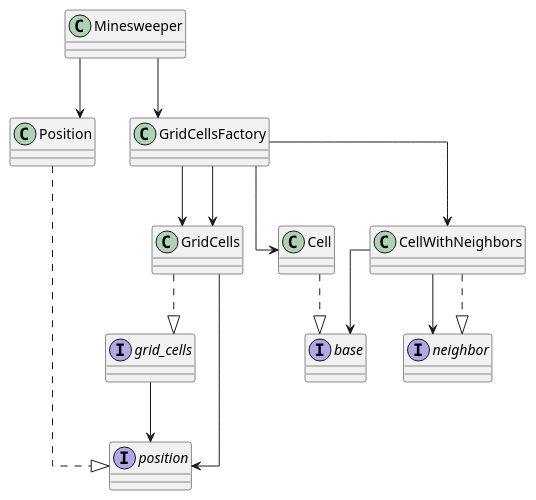
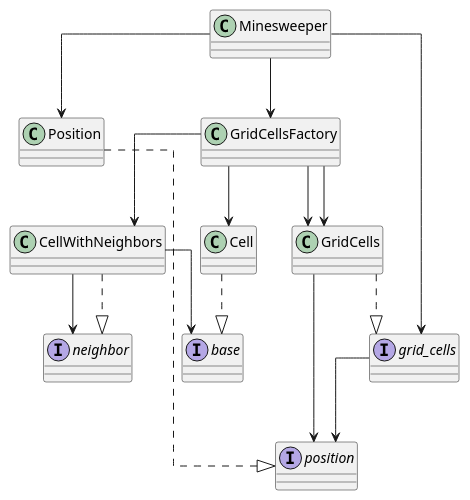
Before and after one commit to Yuhi-Sato/minesweeper: the diagram in diagrams/overview.plantuml, drawn with PlantUML. The commit also changed 1 other file, not shown here.

```diff
--- a/diagrams/overview.plantuml
+++ b/diagrams/overview.plantuml
@@ -1,36 +1,37 @@
 @startuml overview
 
 top to bottom direction
 
 skinparam defaultFontName HackGen
 
 skinparam linetype ortho
 
 interface grid_cells {}
 interface position {}
 interface neighbor {}
 interface base {}
 
 Minesweeper --> Position
 Minesweeper --> GridCellsFactory
+Minesweeper --> grid_cells
 
 GridCellsFactory --> GridCells
 
 GridCells ..|> grid_cells
 GridCells --> position
 
 grid_cells --> position
 
 Position ..|> position
 
 GridCellsFactory --> Cell
 GridCellsFactory --> CellWithNeighbors
 GridCellsFactory --> GridCells
 
 CellWithNeighbors --> neighbor
 CellWithNeighbors ..|> neighbor
 CellWithNeighbors --> base
 
 Cell ..|> base
 
 @enduml
```
